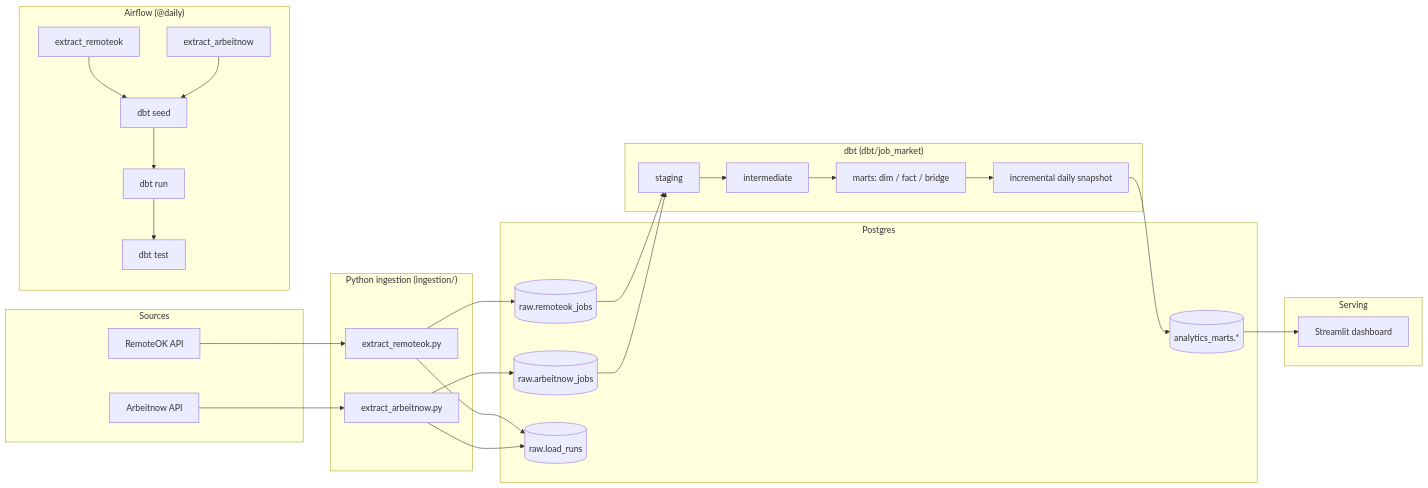
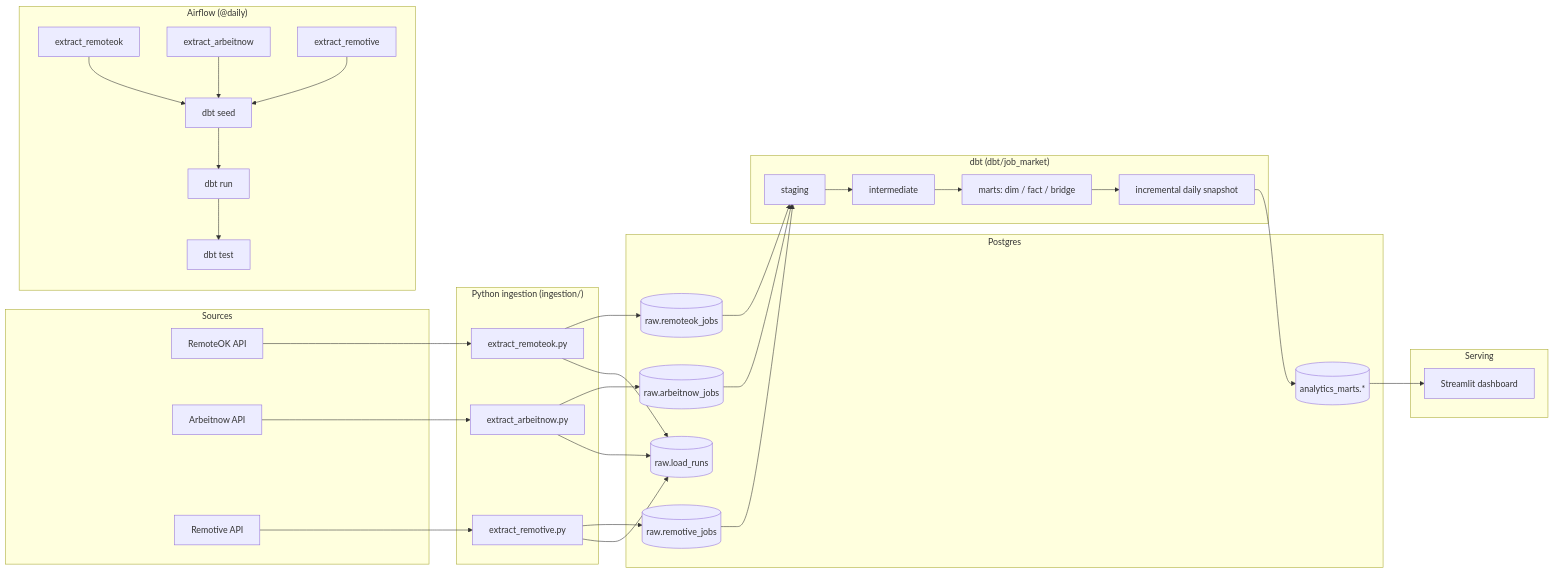
One commit to KyriakosCK/de-job-market-pipeline changed the first of 2 diagrams in README.md. Above: the diagram before and after it, drawn with Mermaid. The commit also changed other lines of this file and 11 other files, not shown here.

````diff
--- a/README.md
+++ b/README.md
@@ -36,47 +36,53 @@
 ```mermaid
 flowchart LR
     subgraph Sources
         A1[RemoteOK API]
         A2[Arbeitnow API]
+        A3[Remotive API]
     end
 
     subgraph Ingestion["Python ingestion (ingestion/)"]
         E1[extract_remoteok.py]
         E2[extract_arbeitnow.py]
+        E3[extract_remotive.py]
     end
 
     subgraph Warehouse["Postgres"]
         R1[(raw.remoteok_jobs)]
         R2[(raw.arbeitnow_jobs)]
+        R4[(raw.remotive_jobs)]
         R3[(raw.load_runs)]
         M[(analytics_marts.*)]
     end
 
     subgraph Transform["dbt (dbt/job_market)"]
         T1[staging]
         T2[intermediate]
         T3[marts: dim / fact / bridge]
         T4[incremental daily snapshot]
     end
 
     subgraph Orchestration["Airflow (@daily)"]
         D1[extract_remoteok]
         D2[extract_arbeitnow]
+        D6[extract_remotive]
         D3[dbt seed]
         D4[dbt run]
         D5[dbt test]
     end
 
     subgraph Serving
         S1[Streamlit dashboard]
     end
 
     A1 --> E1 --> R1
     A2 --> E2 --> R2
-    E1 & E2 --> R3
-    R1 & R2 --> T1 --> T2 --> T3 --> T4 --> M
+    A3 --> E3 --> R4
+    E1 & E2 & E3 --> R3
+    R1 & R2 & R4 --> T1 --> T2 --> T3 --> T4 --> M
     D1 --> D3
     D2 --> D3
+    D6 --> D3
     D3 --> D4 --> D5
     M --> S1
 ```
````
